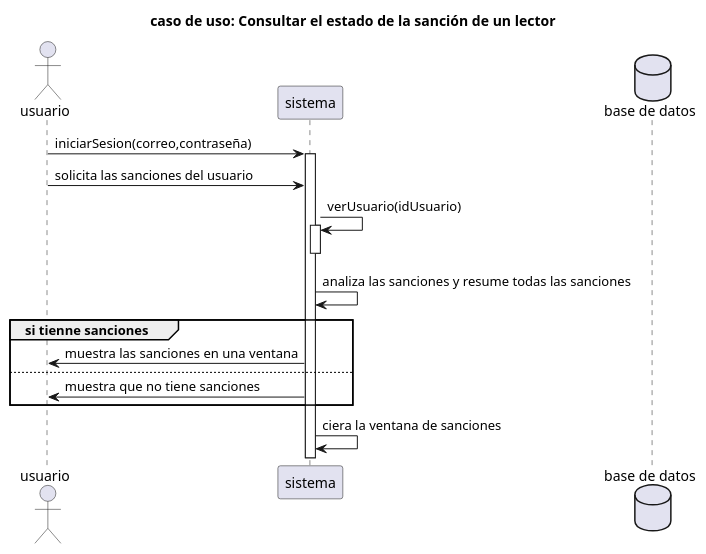
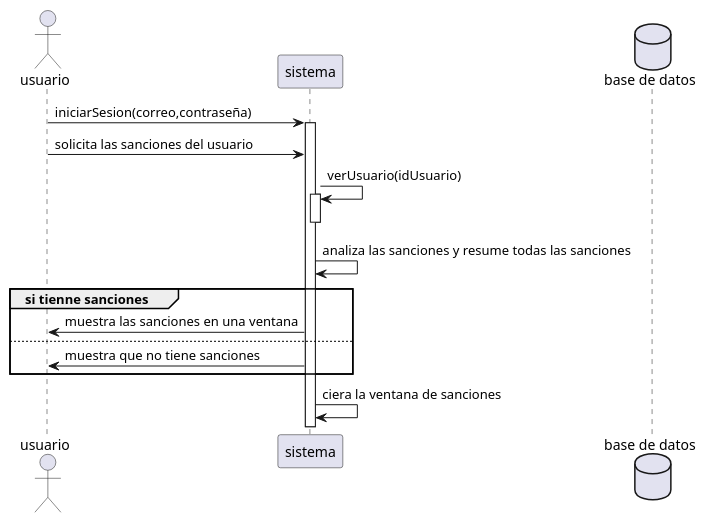
Before and after one commit to RubenE107/diagramas-de-dise-o-uml: the diagram in Interacion3/consultarEsSancion.puml, drawn with PlantUML. The commit also changed 11 other files, not shown here.

Commit message:
se termino todos las diagramas

```diff
--- a/Interacion3/consultarEsSancion.puml
+++ b/Interacion3/consultarEsSancion.puml
@@ -1,24 +1,24 @@
 @startuml
-title caso de uso: Consultar el estado de la sanción de un lector
+
 actor "usuario" as u
 participant "sistema" as s  
 database "base de datos" as bd
 
 u -> s:iniciarSesion(correo,contraseña)
 activate s
 
 u->s:solicita las sanciones del usuario
 s->s:verUsuario(idUsuario)
 activate s
 deactivate s
 s->s: analiza las sanciones y resume todas las sanciones
 group si tienne sanciones
     s->u: muestra las sanciones en una ventana
 else
     s->u: muestra que no tiene sanciones
 end
 s->s:ciera la ventana de sanciones
 
 
 
 @enduml
```
